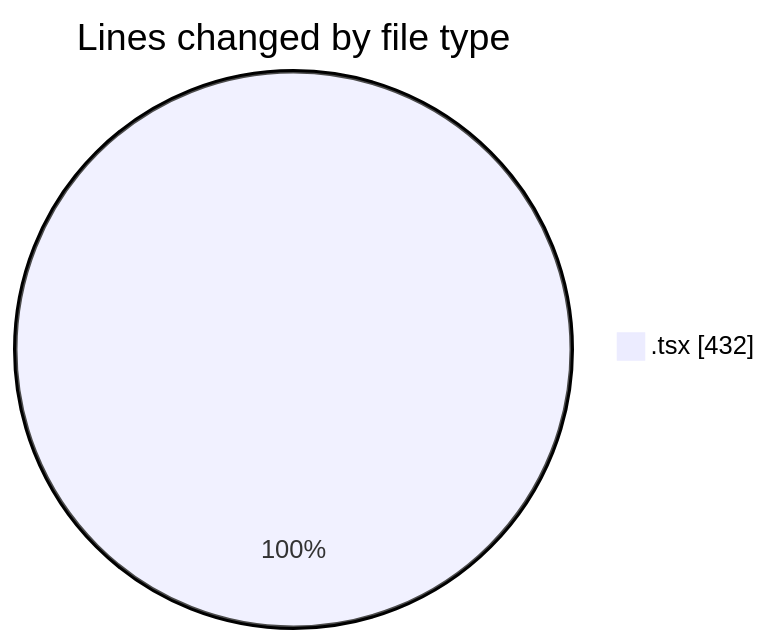
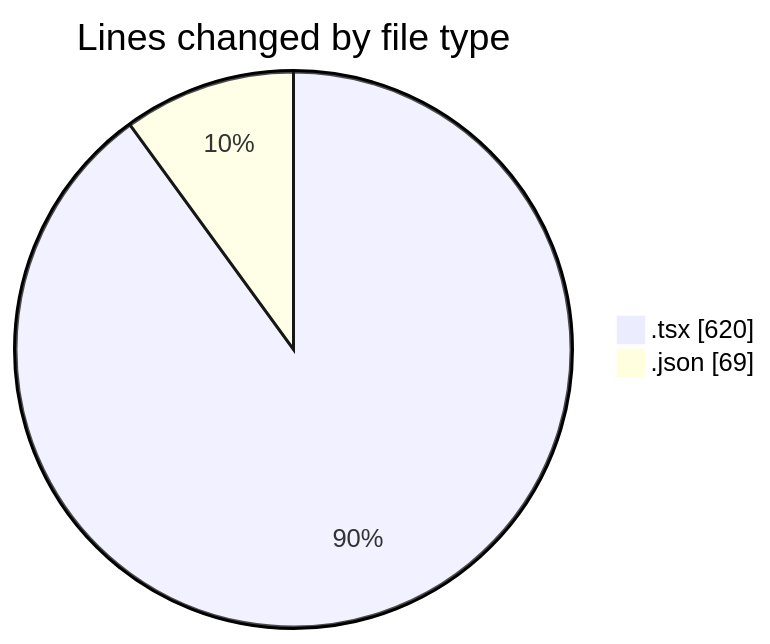
Before and after one commit to ernivani/code-tracking: the first of 2 diagrams in 2025-01-03/tinycms/README.md, drawn with Mermaid. The commit also changed other lines of this file and 2 other files, not shown here.

````diff
--- a/2025-01-03/tinycms/README.md
+++ b/2025-01-03/tinycms/README.md
@@ -21,5 +23,6 @@
 ```mermaid
 pie showData
 title Lines changed by file type
-".tsx" : 432
+".tsx" : 620
+".json" : 69
 ```
````
